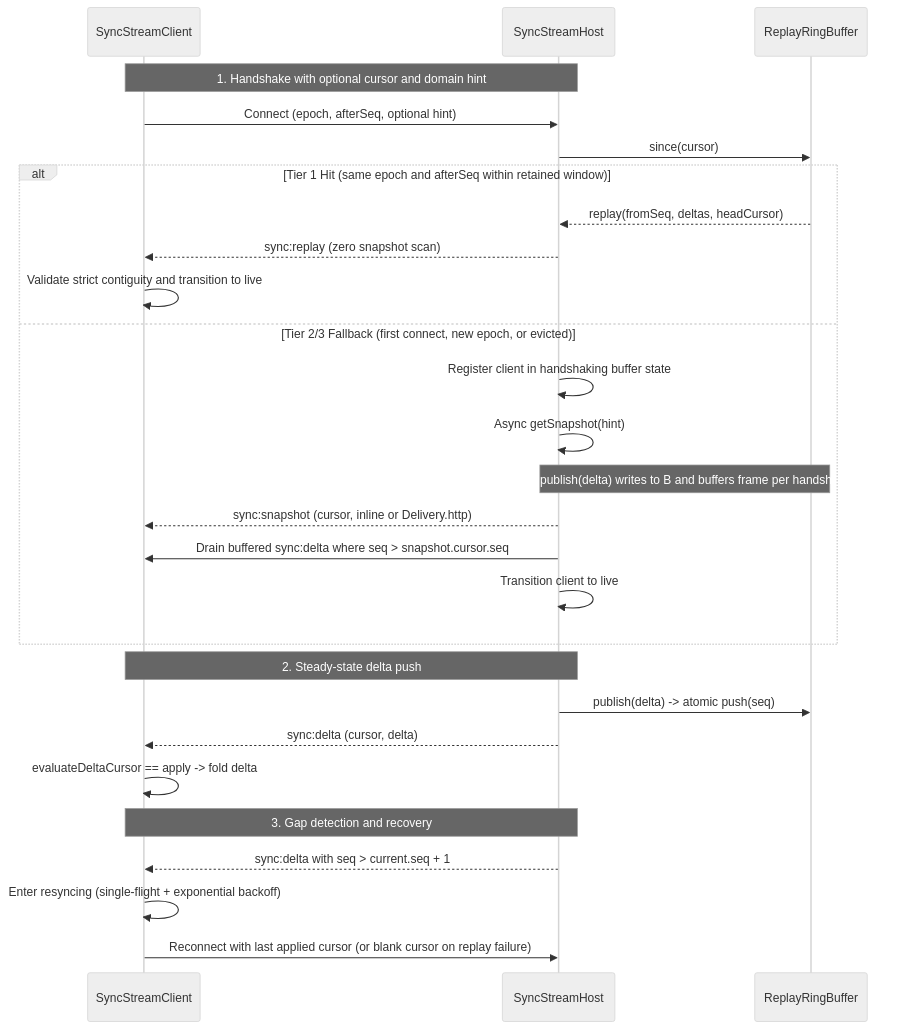
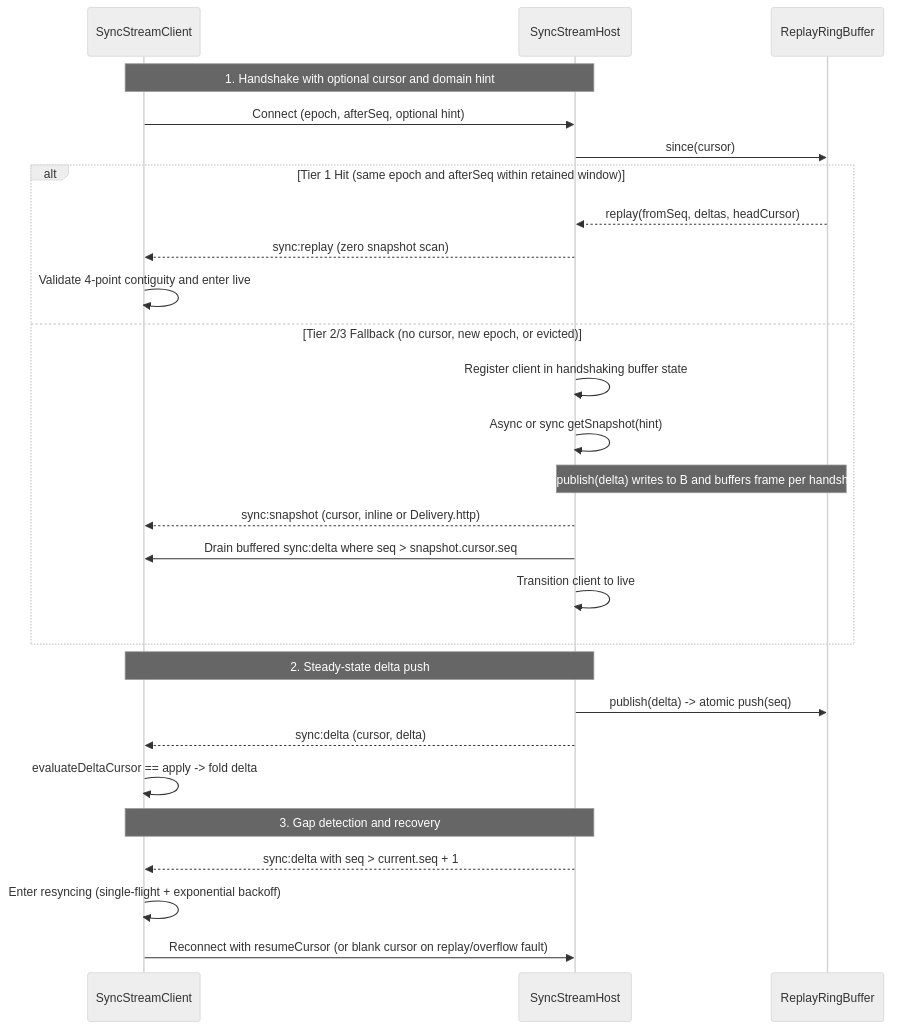
The second of 3 diagrams in docs/versioned_incremental_sync.md (kui04/pivia), drawn with Mermaid (neutral theme) before and after one commit. The commit also changed other lines of this file and 2 other files, not shown here.

First line of the commit message:
docs: update agent rules, frontend guide, and sync design doc

````diff
--- a/docs/versioned_incremental_sync.md
+++ b/docs/versioned_incremental_sync.md
@@ -76,33 +65,33 @@
 ```mermaid
 sequenceDiagram
     participant C as SyncStreamClient
     participant H as SyncStreamHost
     participant B as ReplayRingBuffer
 
     Note over C,H: 1. Handshake with optional cursor and domain hint
     C->>H: Connect (epoch, afterSeq, optional hint)
     H->>B: since(cursor)
 
     alt Tier 1 Hit (same epoch and afterSeq within retained window)
         B-->>H: replay(fromSeq, deltas, headCursor)
         H-->>C: sync:replay (zero snapshot scan)
-        C->>C: Validate strict contiguity and transition to live
-    else Tier 2/3 Fallback (first connect, new epoch, or evicted)
+        C->>C: Validate 4-point contiguity and enter live
+    else Tier 2/3 Fallback (no cursor, new epoch, or evicted)
         H->>H: Register client in handshaking buffer state
-        H->>H: Async getSnapshot(hint)
+        H->>H: Async or sync getSnapshot(hint)
         Note over H,B: Concurrent publish(delta) writes to B and buffers frame per handshaking client
         H-->>C: sync:snapshot (cursor, inline or Delivery.http)
         H->>C: Drain buffered sync:delta where seq > snapshot.cursor.seq
         H->>H: Transition client to live
     end
 
     Note over C,H: 2. Steady-state delta push
     H->>B: publish(delta) -> atomic push(seq)
     H-->>C: sync:delta (cursor, delta)
     C->>C: evaluateDeltaCursor == apply -> fold delta
 
     Note over C,H: 3. Gap detection and recovery
     H-->>C: sync:delta with seq > current.seq + 1
     C->>C: Enter resyncing (single-flight + exponential backoff)
-    C->>H: Reconnect with last applied cursor (or blank cursor on replay failure)
+    C->>H: Reconnect with resumeCursor (or blank cursor on replay/overflow fault)
 ```
````
